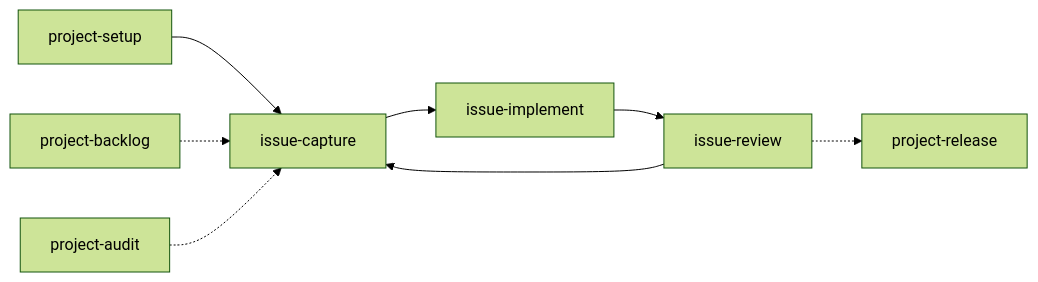
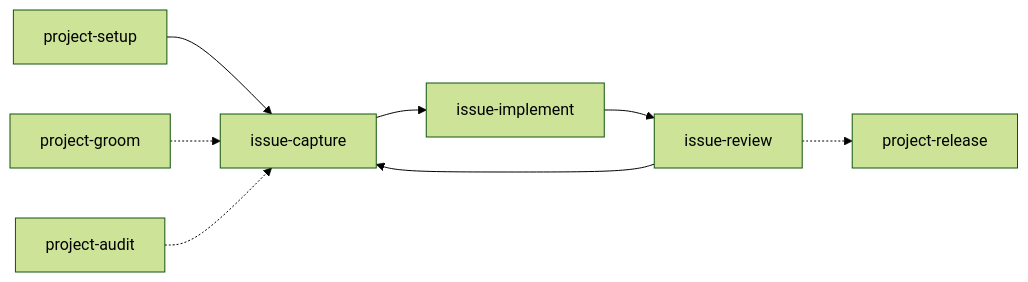
One commit to martonpaulo/skills changed the first of 3 diagrams in README.md. Above: the diagram before and after it, drawn with Mermaid (forest theme). The commit also changed other lines of this file and 10 other files, not shown here.

````diff
--- a/README.md
+++ b/README.md
@@ -17,8 +17,8 @@
 ```mermaid
 flowchart LR
   ps["project-setup"] --> ic["issue-capture"] --> ii["issue-implement"] --> ir["issue-review"]
   ir --> ic
   ir -.-> prl["project-release"]
-  pb["project-backlog"] -.-> ic
+  pb["project-groom"] -.-> ic
   pa["project-audit"] -.-> ic
 ```
````
